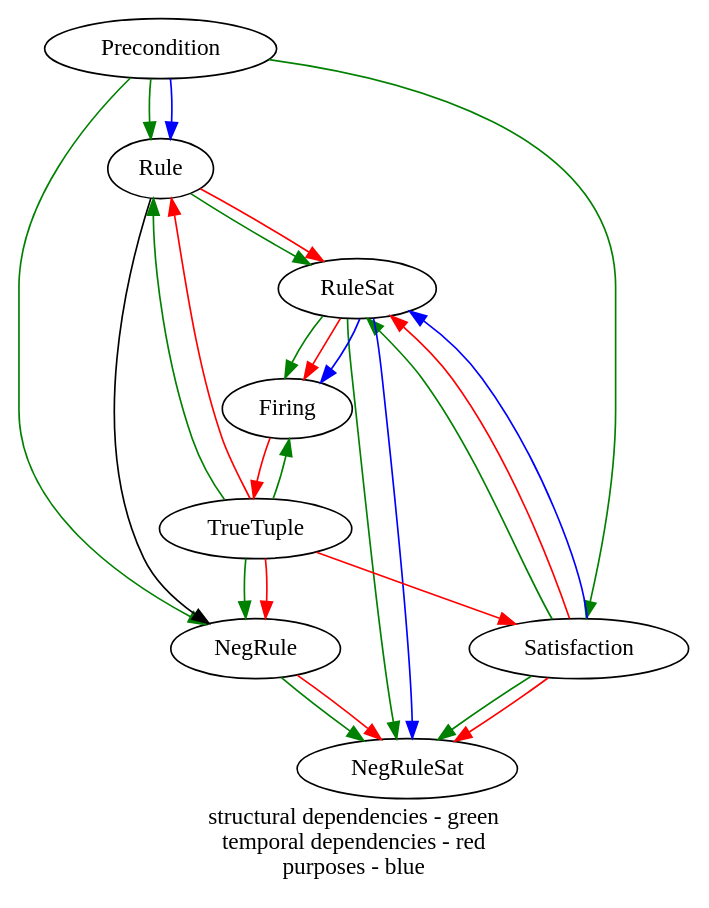
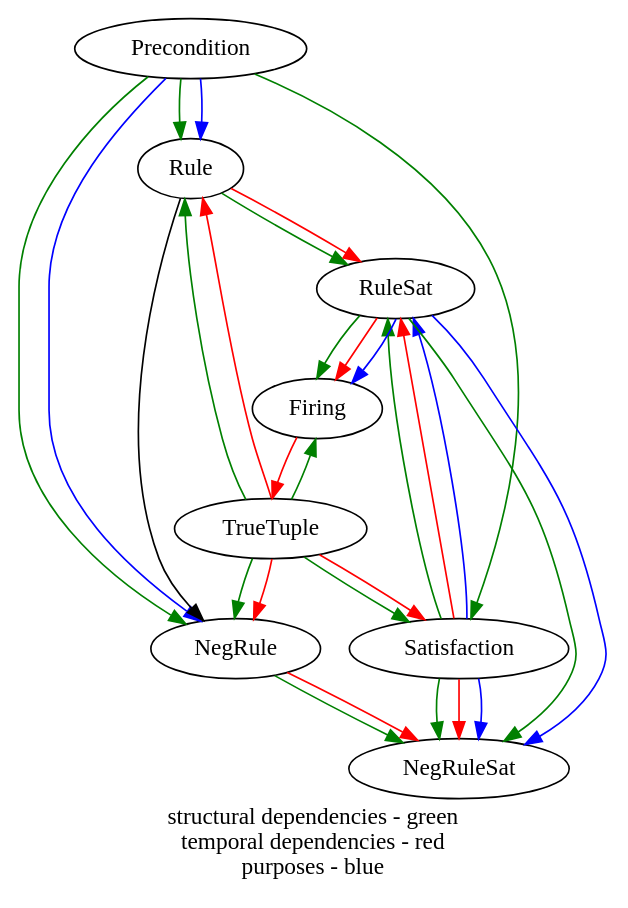
The diagram in doc/components.dot (hefeix/google-gen), drawn with Graphviz before and after one commit. The commit also changed 9 other files, not shown here.

```diff
--- a/doc/components.dot
+++ b/doc/components.dot
@@ -1,40 +1,43 @@
 digraph components { // red green blue
 	graph [label= "structural dependencies - green\ntemporal dependencies - red\npurposes - blue"]; // red green blue
 // structural dependencies (one -> many ) relationships
 
 	Precondition ->	Rule [color=green];
 	Precondition -> NegRule [color=green];
 	Precondition -> Satisfaction [color=green];
 	Satisfaction -> RuleSat [color=green];
 	Satisfaction -> NegRuleSat [color=green];
 	Rule -> RuleSat [color=green];
 	Rule -> NegRule
 	NegRule -> NegRuleSat [color=green];
 	RuleSat -> NegRuleSat [color=green];
 	RuleSat -> Firing [color=green];
+	TrueTuple -> Satisfaction [color=green];
 	TrueTuple -> Firing [color=green];
 	TrueTuple -> Rule [color=green];
 	TrueTuple -> NegRule [color=green];
 
 	
 // Temporal Dependencies
 
 	TrueTuple -> Rule[color=red];
 	TrueTuple -> NegRule [color=red];
 	TrueTuple -> Satisfaction [color=red];
 	Satisfaction -> RuleSat[color=red];
 	Satisfaction -> NegRuleSat [color=red];
 	Rule -> RuleSat [color=red];
 	NegRule -> NegRuleSat [color=red];
 	RuleSat -> Firing [color=red];
 	Firing -> TrueTuple [color=red];
 
 
 // Purposes 
 
 	Precondition -> Rule [color=blue];
+	Precondition -> NegRule [color=blue];
 	Satisfaction -> RuleSat [color=blue];
+	Satisfaction -> NegRuleSat [color=blue];
 	RuleSat -> Firing [color=blue];
 	RuleSat -> NegRuleSat [color=blue];
 
 } // red green blue
```
